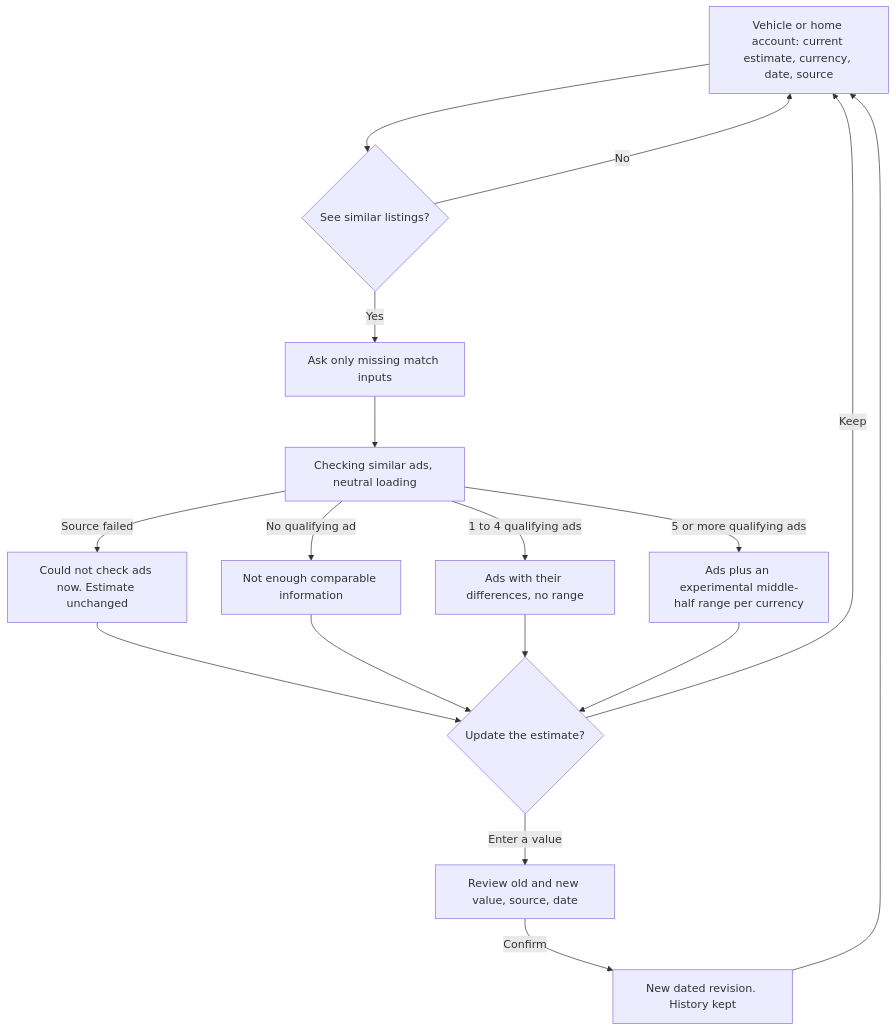
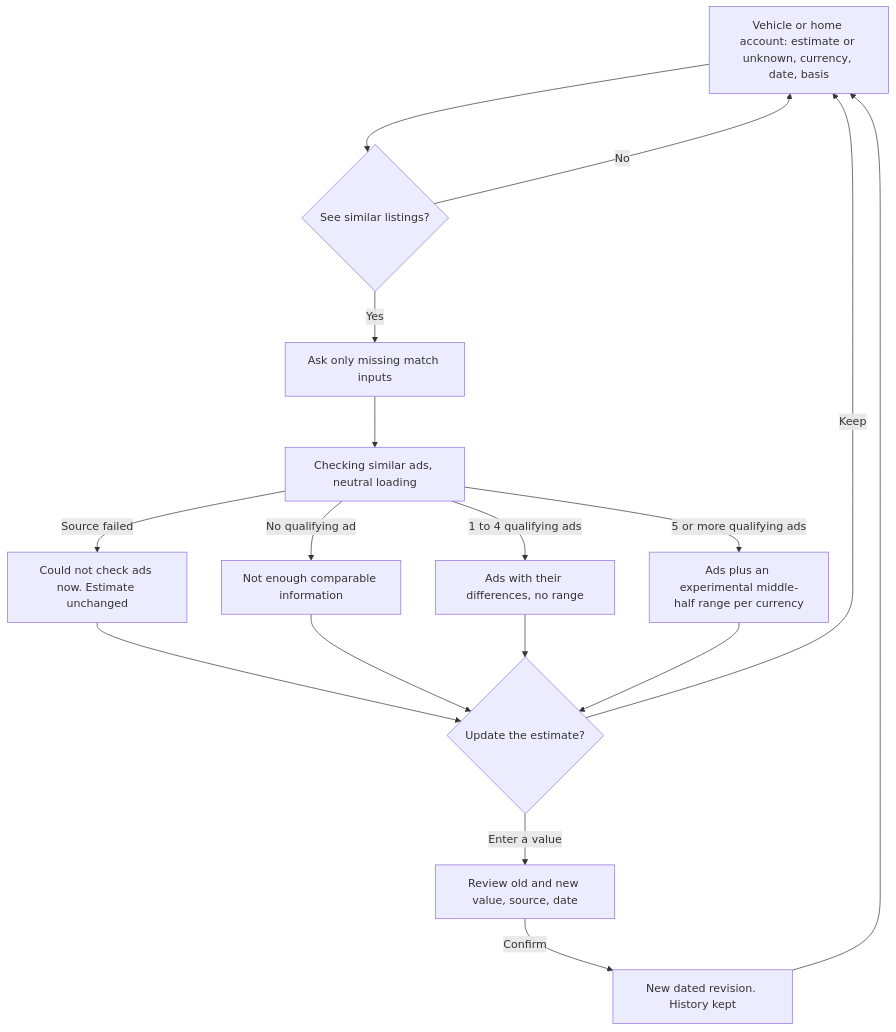
One commit to lagarcess/argus changed the first of 2 diagrams in docs/reports/asset-listing-enrichment-feasibility.md. Above: the diagram before and after it, drawn with Mermaid. The commit also changed other lines of this file and 2 other files, not shown here.

First line of the commit message:
docs(reports): cite PR #727 for the account decision and close the report

````diff
--- a/docs/reports/asset-listing-enrichment-feasibility.md
+++ b/docs/reports/asset-listing-enrichment-feasibility.md
@@ -175,19 +181,19 @@
 ```mermaid
 flowchart TD
-    A["Vehicle or home account: current estimate, currency, date, source"] --> B{"See similar listings?"}
+    A["Vehicle or home account: estimate or unknown, currency, date, basis"] --> B{"See similar listings?"}
     B -- "No" --> A
     B -- "Yes" --> C["Ask only missing match inputs"]
     C --> D["Checking similar ads, neutral loading"]
     D -- "Source failed" --> E["Could not check ads now. Estimate unchanged"]
     D -- "No qualifying ad" --> F["Not enough comparable information"]
     D -- "1 to 4 qualifying ads" --> G["Ads with their differences, no range"]
     D -- "5 or more qualifying ads" --> H["Ads plus an experimental middle-half range per currency"]
     E --> I{"Update the estimate?"}
     F --> I
     G --> I
     H --> I
     I -- "Keep" --> A
     I -- "Enter a value" --> J["Review old and new value, source, date"]
     J -- "Confirm" --> K["New dated revision. History kept"]
     K --> A
 ```
````
